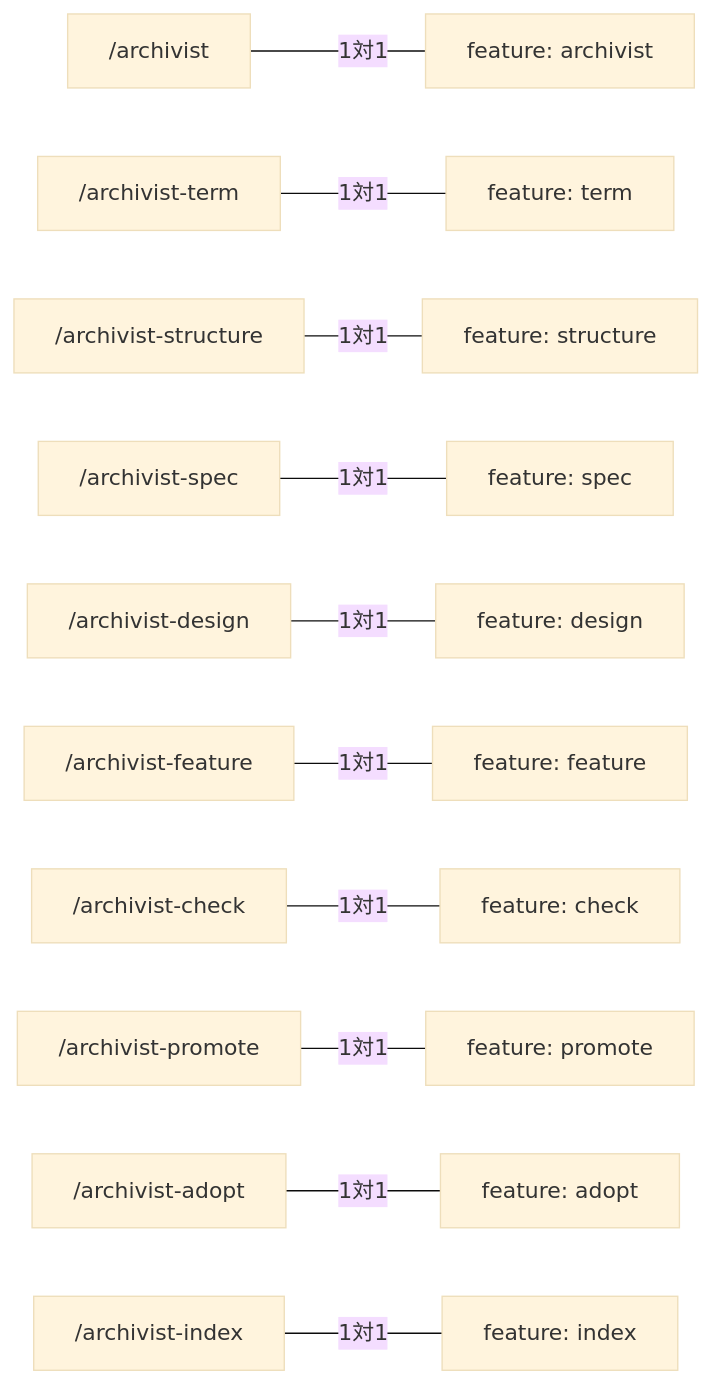
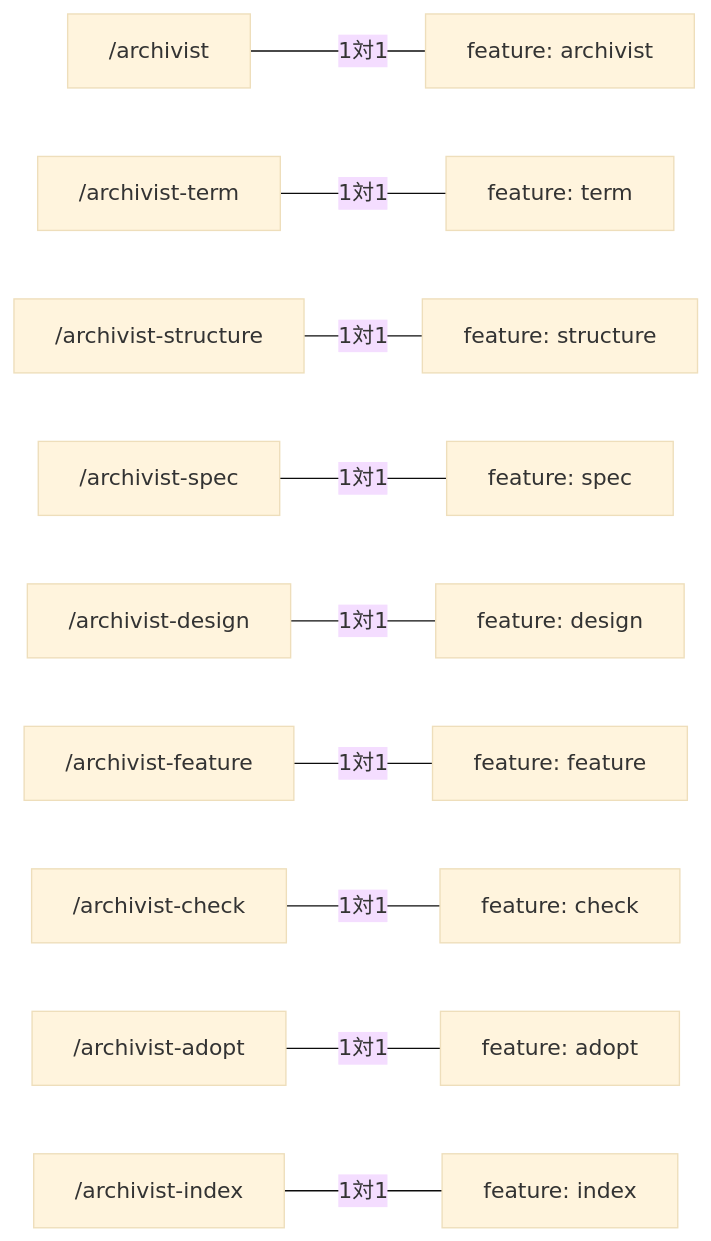
One commit to gameundwatch/archivist changed the second of 2 diagrams in docs/archivist/L3_structures/skill-composition.md. Above: the diagram before and after it, drawn with Mermaid (base theme). The commit also changed other lines of this file and 25 other files, not shown here.

````diff
--- a/docs/archivist/L3_structures/skill-composition.md
+++ b/docs/archivist/L3_structures/skill-composition.md
@@ -35,13 +34,12 @@
 ```mermaid
 flowchart LR
     S0["/archivist"] ---|1対1| F0["feature: archivist"]
     S1["/archivist-term"] ---|1対1| F1["feature: term"]
     S2["/archivist-structure"] ---|1対1| F2["feature: structure"]
     S3["/archivist-spec"] ---|1対1| F3["feature: spec"]
     S4["/archivist-design"] ---|1対1| F4["feature: design"]
     S5["/archivist-feature"] ---|1対1| F5["feature: feature"]
     S6["/archivist-check"] ---|1対1| F6["feature: check"]
-    S7["/archivist-promote"] ---|1対1| F7["feature: promote"]
     S8["/archivist-adopt"] ---|1対1| F8["feature: adopt"]
     S9["/archivist-index"] ---|1対1| F9["feature: index"]
 ```
````
